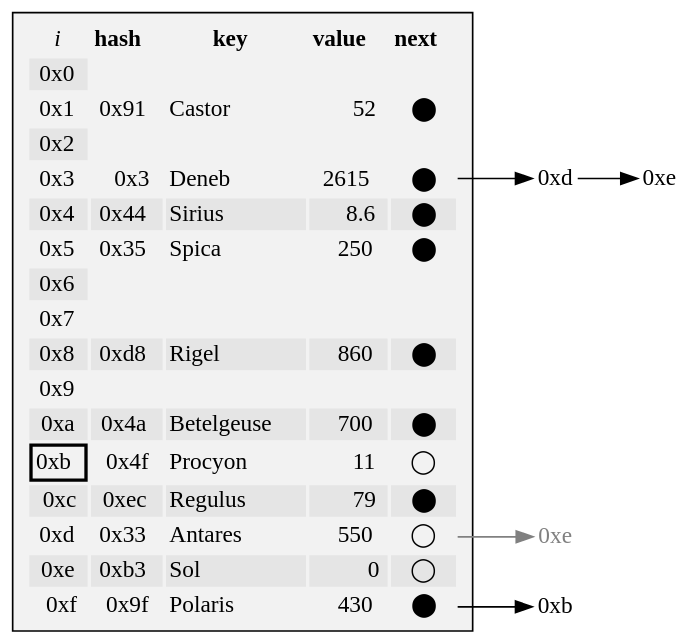
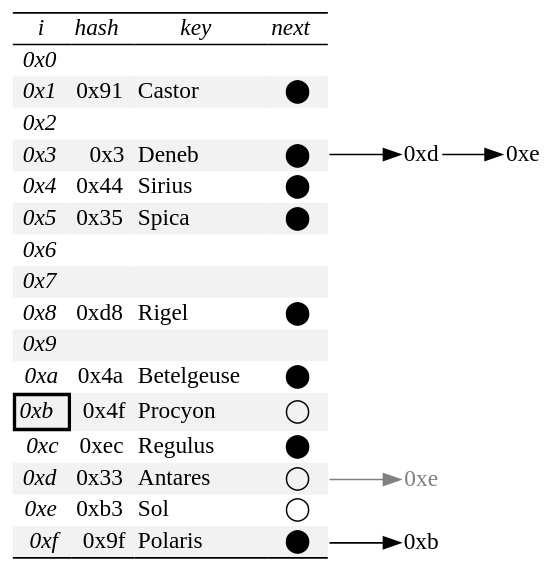
One commit to neil-edelman/boxes changed the diagram in doc/table-precursor/star-chained.gv. Above: the diagram before and after it, drawn with Graphviz. The commit also changed 6 other files, not shown here.

Commit message:
Updated to graph; pretty.

```diff
--- a/doc/table-precursor/star-chained.gv
+++ b/doc/table-precursor/star-chained.gv
@@ -1,117 +1,114 @@
 digraph {
-	rankdir=LR;
-	graph [truecolor=true, bgcolor=transparent];
-	fontface=modern;
-	node [shape=box, style=filled, fillcolor="Gray95"];
-	hash [label=<<TABLE BORDER="0">
-	<TR>
-		<TD BORDER="0"><FONT FACE="Times-Italic">i</FONT></TD>
-		<TD BORDER="0"><FONT FACE="Times-Bold">hash</FONT></TD>
-		<TD BORDER="0"><FONT FACE="Times-Bold">key</FONT></TD>
-		<TD BORDER="0"><FONT FACE="Times-Bold">value</FONT></TD>
-		<TD BORDER="0"><FONT FACE="Times-Bold">next</FONT></TD>
-	</TR>
-	<TR>
-		<TD ALIGN="RIGHT" BGCOLOR="Gray90">0x0</TD>
-	</TR>
-	<TR>
-		<TD ALIGN="RIGHT">0x1</TD>
-		<TD ALIGN="RIGHT">0x91</TD>
-		<TD ALIGN="LEFT">Castor</TD>
-		<TD ALIGN="RIGHT">52</TD>
-		<TD PORT="1">⬤</TD>
-	</TR>
-	<TR>
-		<TD ALIGN="RIGHT" BGCOLOR="Gray90">0x2</TD>
-	</TR>
-	<TR>
-		<TD ALIGN="RIGHT">0x3</TD>
-		<TD ALIGN="RIGHT">0x3</TD>
-		<TD ALIGN="LEFT">Deneb</TD>
-		<TD ALIGN="RIGHT">2615</TD>
-		<TD PORT="3">⬤</TD>
-	</TR>
-	<TR>
-		<TD ALIGN="RIGHT" BGCOLOR="Gray90">0x4</TD>
-		<TD ALIGN="RIGHT" BGCOLOR="Gray90">0x44</TD>
-		<TD ALIGN="LEFT" BGCOLOR="Gray90">Sirius</TD>
-		<TD ALIGN="RIGHT" BGCOLOR="Gray90">8.6</TD>
-		<TD PORT="4" BGCOLOR="Gray90">⬤</TD>
-	</TR>
-	<TR>
-		<TD ALIGN="RIGHT">0x5</TD>
-		<TD ALIGN="RIGHT">0x35</TD>
-		<TD ALIGN="LEFT">Spica</TD>
-		<TD ALIGN="RIGHT">250</TD>
-		<TD PORT="5">⬤</TD>
-	</TR>
-	<TR>
-		<TD ALIGN="RIGHT" BGCOLOR="Gray90">0x6</TD>
-	</TR>
-	<TR>
-		<TD ALIGN="RIGHT">0x7</TD>
-	</TR>
-	<TR>
-		<TD ALIGN="RIGHT" BGCOLOR="Gray90">0x8</TD>
-		<TD ALIGN="RIGHT" BGCOLOR="Gray90">0xd8</TD>
-		<TD ALIGN="LEFT" BGCOLOR="Gray90">Rigel</TD>
-		<TD ALIGN="RIGHT" BGCOLOR="Gray90">860</TD>
-		<TD PORT="8" BGCOLOR="Gray90">⬤</TD>
-	</TR>
-	<TR>
-		<TD ALIGN="RIGHT">0x9</TD>
-	</TR>
-	<TR>
-		<TD ALIGN="RIGHT" BGCOLOR="Gray90">0xa</TD>
-		<TD ALIGN="RIGHT" BGCOLOR="Gray90">0x4a</TD>
-		<TD ALIGN="LEFT" BGCOLOR="Gray90">Betelgeuse</TD>
-		<TD ALIGN="RIGHT" BGCOLOR="Gray90">700</TD>
-		<TD PORT="10" BGCOLOR="Gray90">⬤</TD>
-	</TR>
-	<TR>
-		<TD ALIGN="RIGHT" BORDER="2">0xb</TD>
-		<TD ALIGN="RIGHT">0x4f</TD>
-		<TD ALIGN="LEFT">Procyon</TD>
-		<TD ALIGN="RIGHT">11</TD>
-		<TD PORT="11">◯</TD>
-	</TR>
-	<TR>
-		<TD ALIGN="RIGHT" BGCOLOR="Gray90">0xc</TD>
-		<TD ALIGN="RIGHT" BGCOLOR="Gray90">0xec</TD>
-		<TD ALIGN="LEFT" BGCOLOR="Gray90">Regulus</TD>
-		<TD ALIGN="RIGHT" BGCOLOR="Gray90">79</TD>
-		<TD PORT="12" BGCOLOR="Gray90">⬤</TD>
-	</TR>
-	<TR>
-		<TD ALIGN="RIGHT">0xd</TD>
-		<TD ALIGN="RIGHT">0x33</TD>
-		<TD ALIGN="LEFT">Antares</TD>
-		<TD ALIGN="RIGHT">550</TD>
-		<TD PORT="13">◯</TD>
-	</TR>
-	<TR>
-		<TD ALIGN="RIGHT" BGCOLOR="Gray90">0xe</TD>
-		<TD ALIGN="RIGHT" BGCOLOR="Gray90">0xb3</TD>
-		<TD ALIGN="LEFT" BGCOLOR="Gray90">Sol</TD>
-		<TD ALIGN="RIGHT" BGCOLOR="Gray90">0</TD>
-		<TD PORT="14" BGCOLOR="Gray90">◯</TD>
-	</TR>
-	<TR>
-		<TD ALIGN="RIGHT">0xf</TD>
-		<TD ALIGN="RIGHT">0x9f</TD>
-		<TD ALIGN="LEFT">Polaris</TD>
-		<TD ALIGN="RIGHT">430</TD>
-		<TD PORT="15">⬤</TD>
-	</TR>
-</TABLE>>];
+	graph [rankdir=LR, truecolor=true, bgcolor=transparent, fontname=modern];
+	node [shape=none, fontname=modern];
+	data [label=<
+<table border="0" cellspacing="0">
+	<tr><td colspan="4"></td></tr>
+	<hr/>
+	<tr>
+		<td border="0"><font face="Times-Italic">i</font></td>
+		<td border="0"><font face="Times-Italic">hash</font></td>
+		<td border="0"><font face="Times-Italic">key</font></td>
+		<td border="0"><font face="Times-Italic">next</font></td>
+	</tr>
+	<hr/>
+	<tr>
+		<td align="right"><font face="Times-Italic">0x0</font></td>
+		<td></td><td></td><td></td>
+	</tr>
+	<tr>
+		<td align="right" bgcolor="Gray95"><font face="Times-Italic">0x1</font></td>
+		<td align="right" bgcolor="Gray95">0x91</td>
+		<td align="left" bgcolor="Gray95">Castor</td>
+		<td port="1" bgcolor="Gray95">⬤</td>
+	</tr>
+	<tr>
+		<td align="right"><font face="Times-Italic">0x2</font></td>
+		<td></td><td></td><td></td>
+	</tr>
+	<tr>
+		<td align="right" bgcolor="Gray95"><font face="Times-Italic">0x3</font></td>
+		<td align="right" bgcolor="Gray95">0x3</td>
+		<td align="left" bgcolor="Gray95">Deneb</td>
+		<td port="3" bgcolor="Gray95">⬤</td>
+	</tr>
+	<tr>
+		<td align="right"><font face="Times-Italic">0x4</font></td>
+		<td align="right">0x44</td>
+		<td align="left">Sirius</td>
+		<td port="4">⬤</td>
+	</tr>
+	<tr>
+		<td align="right" bgcolor="Gray95"><font face="Times-Italic">0x5</font></td>
+		<td align="right" bgcolor="Gray95">0x35</td>
+		<td align="left" bgcolor="Gray95">Spica</td>
+		<td port="5" bgcolor="Gray95">⬤</td>
+	</tr>
+	<tr>
+		<td align="right"><font face="Times-Italic">0x6</font></td>
+		<td></td><td></td><td></td>
+	</tr>
+	<tr>
+		<td align="right" bgcolor="Gray95"><font face="Times-Italic">0x7</font></td>
+		<td bgcolor="Gray95"></td><td bgcolor="Gray95"></td><td bgcolor="Gray95"></td>
+	</tr>
+	<tr>
+		<td align="right"><font face="Times-Italic">0x8</font></td>
+		<td align="right">0xd8</td>
+		<td align="left">Rigel</td>
+		<td port="8">⬤</td>
+	</tr>
+	<tr>
+		<td align="right" bgcolor="Gray95"><font face="Times-Italic">0x9</font></td>
+		<td bgcolor="Gray95"></td><td bgcolor="Gray95"></td><td bgcolor="Gray95"></td>
+	</tr>
+	<tr>
+		<td align="right"><font face="Times-Italic">0xa</font></td>
+		<td align="right">0x4a</td>
+		<td align="left">Betelgeuse</td>
+		<td port="10">⬤</td>
+	</tr>
+	<tr>
+		<td align="right" border="2" bgcolor="Gray95"><font face="Times-Italic">0xb</font></td>
+		<td align="right" bgcolor="Gray95">0x4f</td>
+		<td align="left" bgcolor="Gray95">Procyon</td>
+		<td port="11" bgcolor="Gray95">◯</td>
+	</tr>
+	<tr>
+		<td align="right"><font face="Times-Italic">0xc</font></td>
+		<td align="right">0xec</td>
+		<td align="left">Regulus</td>
+		<td port="12">⬤</td>
+	</tr>
+	<tr>
+		<td align="right" bgcolor="Gray95"><font face="Times-Italic">0xd</font></td>
+		<td align="right" bgcolor="Gray95">0x33</td>
+		<td align="left" bgcolor="Gray95">Antares</td>
+		<td port="13" bgcolor="Gray95">◯</td>
+	</tr>
+	<tr>
+		<td align="right"><font face="Times-Italic">0xe</font></td>
+		<td align="right">0xb3</td>
+		<td align="left">Sol</td>
+		<td port="14">◯</td>
+	</tr>
+	<tr>
+		<td align="right" bgcolor="Gray95"><font face="Times-Italic">0xf</font></td>
+		<td align="right" bgcolor="Gray95">0x9f</td>
+		<td align="left" bgcolor="Gray95">Polaris</td>
+		<td port="15" bgcolor="Gray95">⬤</td>
+	</tr>
+	<hr/>
+	<tr><td colspan="4"></td></tr>
+</table>>];
 	node [shape=plain, fillcolor=none]
 	e13 [label="0xd"];
-	hash:3 -> e13 [tailclip=false];
+	data:3 -> e13 [tailclip=false];
 	e14 [label="0xe"];
 	e13 -> e14;
 	i0xe [label="0xe", fontcolor="Gray"];
-	hash:13 -> i0xe [color="Gray"];
+	data:13 -> i0xe [color="Gray"];
 	e11 [label="0xb"];
-	hash:15 -> e11 [tailclip=false];
+	data:15 -> e11 [tailclip=false];
 	node [color=red];
 }
```
